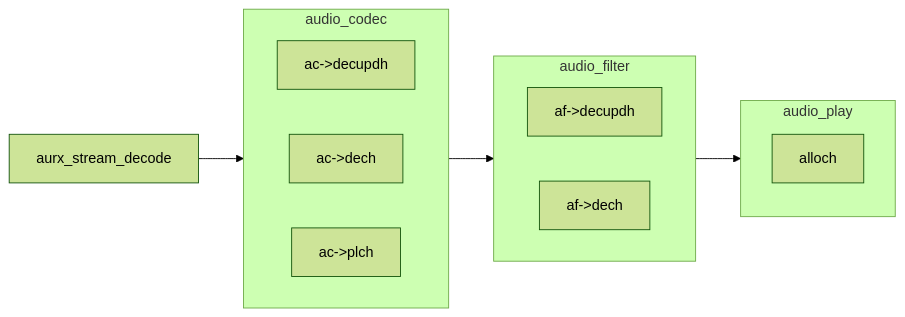
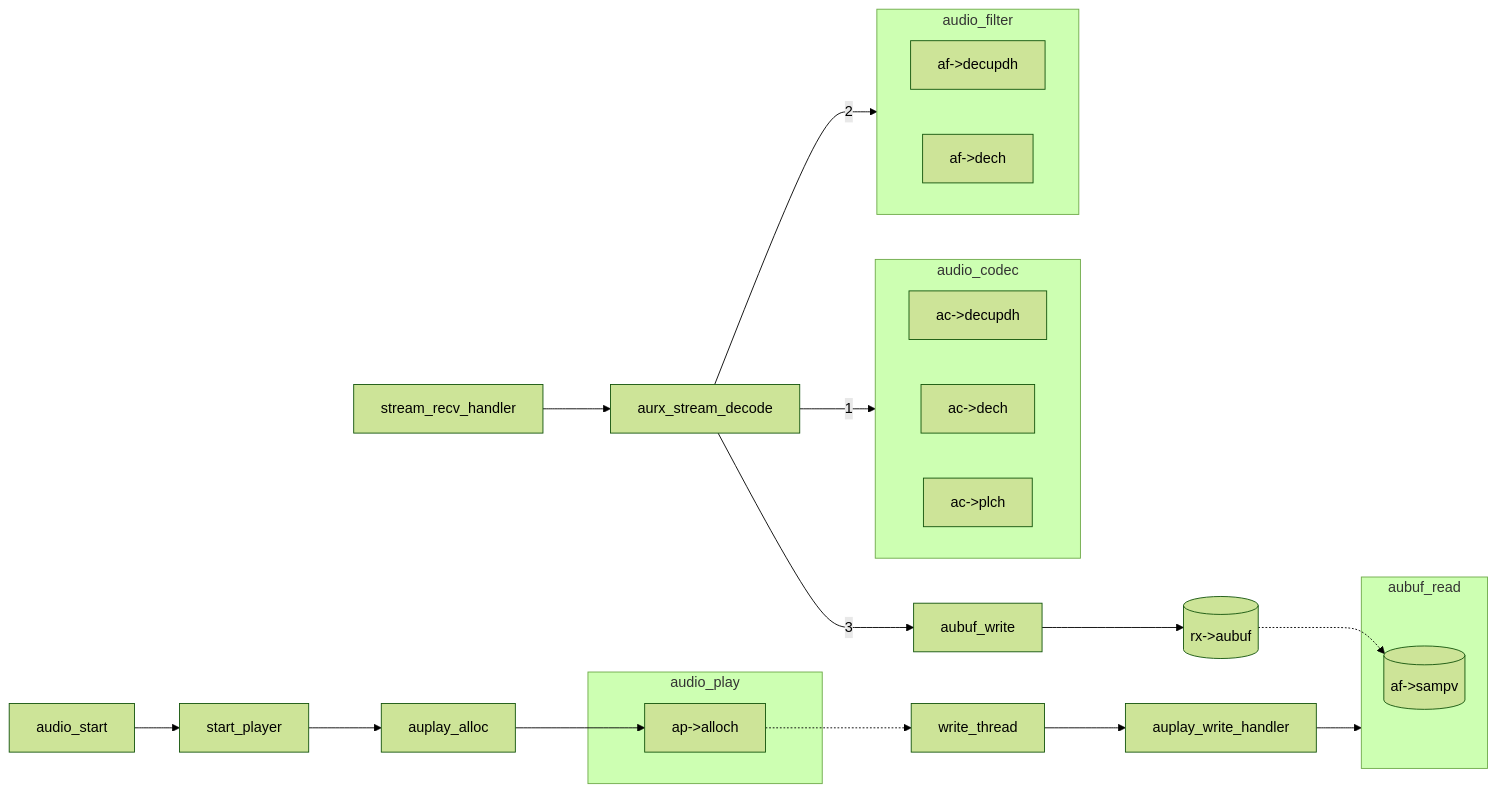
Before and after one commit to lankahsu520/HelperX: diagram 13 of 18 in helper_baresip.md, drawn with Mermaid (forest theme). The commit also changed other lines of this file, not shown here.

Commit message:
update helper_baresip.md, the flow of encode/decode

````diff
--- a/helper_baresip.md
+++ b/helper_baresip.md
@@ -591,19 +621,27 @@
 ```mermaid
 flowchart LR
-	aurx_stream_decode --> audio_codec --> audio_filter --> audio_play
-	
 	subgraph audio_codec
 		direction LR
 		ac-decupdh[ac->decupdh]
 		ac-dech[ac->dech]
 		ac-plch[ac->plch]
 	end
 	subgraph audio_filter
 		direction LR
 		af-decupdh[af->decupdh]
 		af-dech[af->dech]
 	end
 	subgraph audio_play
-		alloch
+		ap-alloch[ap->alloch]
 	end
+	rx-aubuf[(rx->aubuf)]
+	subgraph aubuf_read
+		af-sampv[(af->sampv)]
+	end
+	rx-aubuf[(rx->aubuf)] .-> af-sampv
+	stream_recv_handler --> aurx_stream_decode
+		aurx_stream_decode --> |1|ac-dech
+		aurx_stream_decode --> |2|af-dech
+		aurx_stream_decode --> |3|aubuf_write --> rx-aubuf
+	audio_start --> start_player --> auplay_alloc --> ap-alloch .-> write_thread --> auplay_write_handler --> aubuf_read
 ```
````
